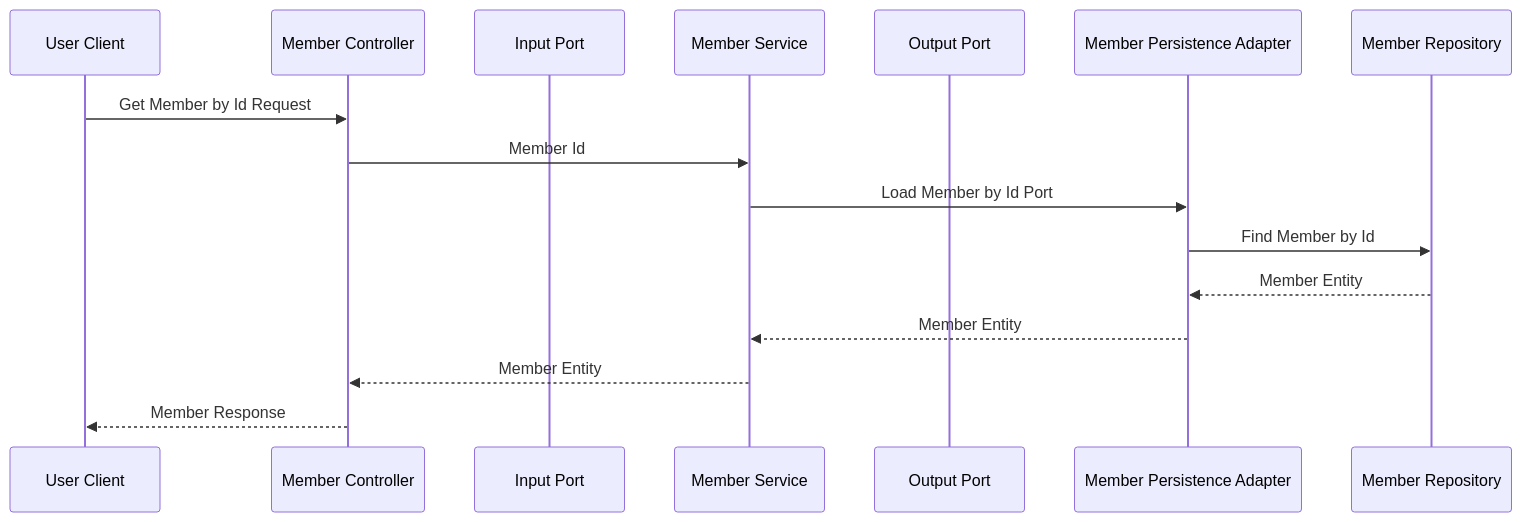
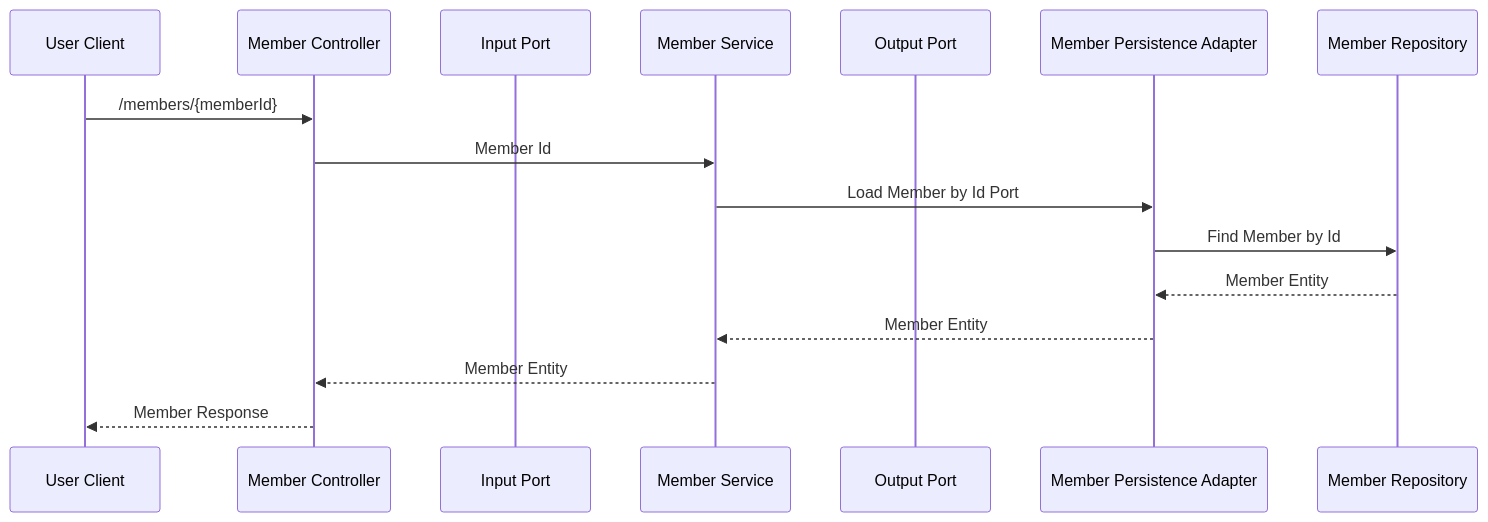
The third of 4 diagrams in member-service/README.md (MuscatLab/bob-backend), drawn with Mermaid before and after one commit. The commit also changed other lines of this file, not shown here.

````diff
--- a/member-service/README.md
+++ b/member-service/README.md
@@ -72,18 +72,18 @@
 ```mermaid
 sequenceDiagram
     participant UC as User Client
     participant MC as Member Controller
     participant MI as Input Port
     participant MS as Member Service
     participant MO as Output Port
     participant MP as Member Persistence Adapter
     participant RE as Member Repository
-    UC ->> MC: Get Member by Id Request
+    UC ->> MC: /members/{memberId}
     MC ->> MS: Member Id
     MS ->> MP: Load Member by Id Port
     MP ->> RE: Find Member by Id
     RE -->> MP: Member Entity
     MP -->> MS: Member Entity
     MS -->> MC: Member Entity
     MC -->> UC: Member Response
 ```
````
